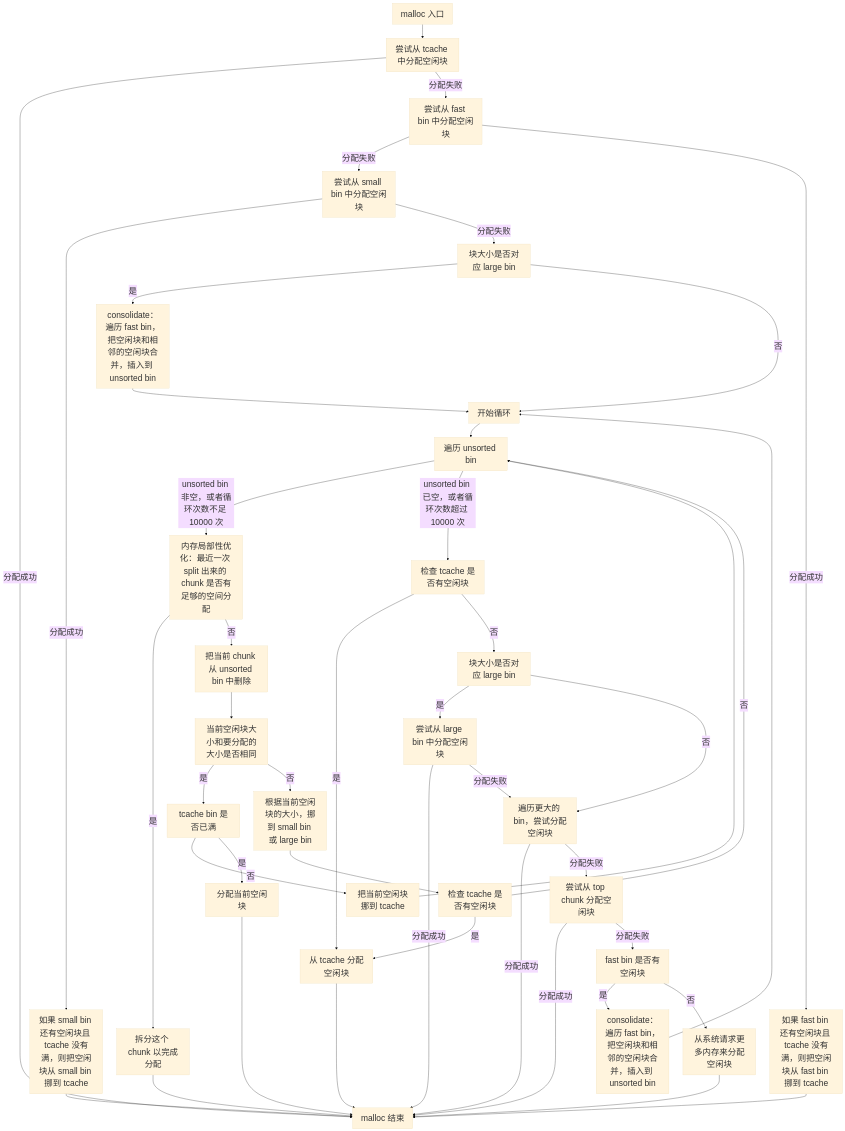
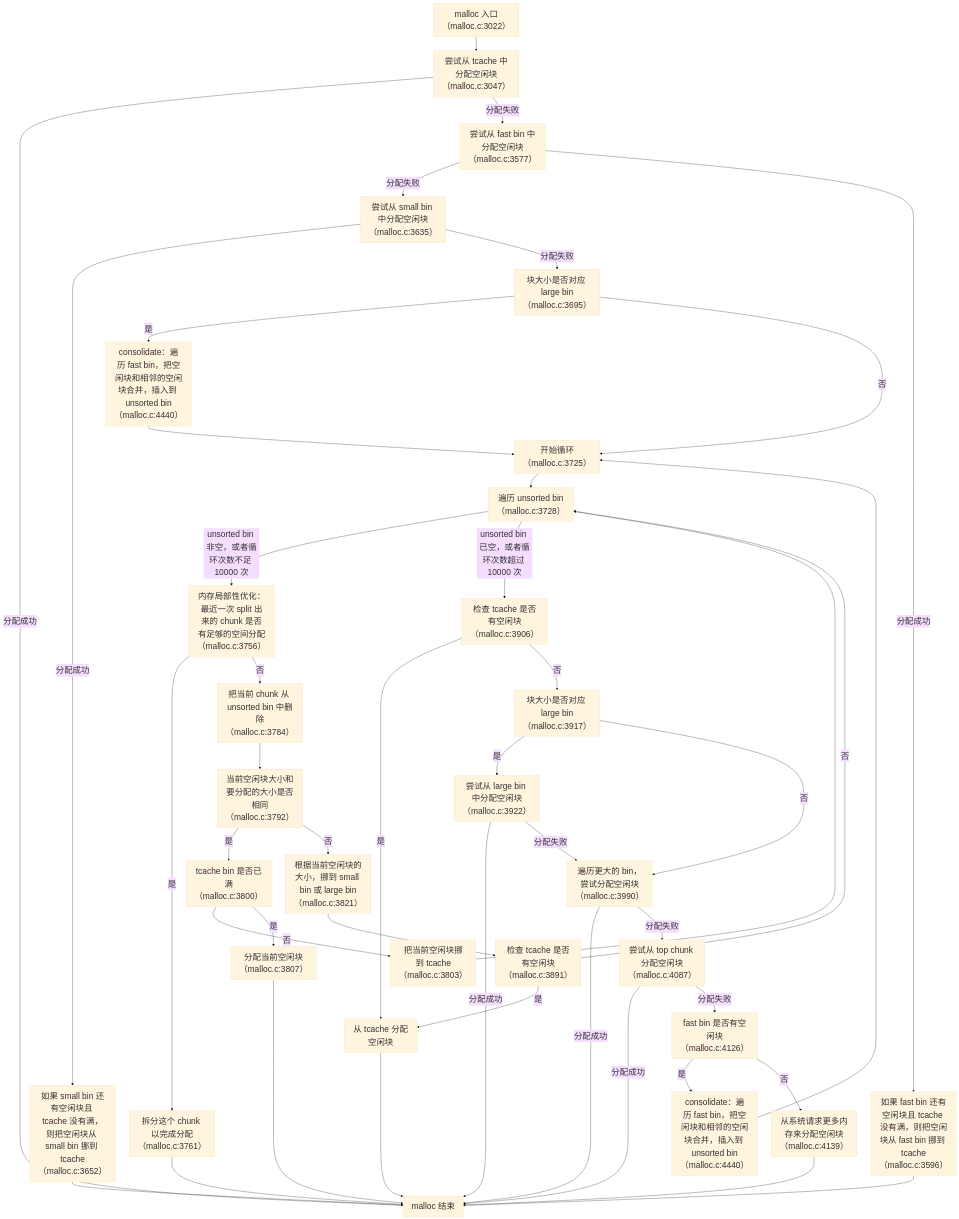
Before and after one commit to jiegec/kb: the diagram in docs/software/glibc_allocator.md, drawn with Mermaid.

Commit message:
Add line numbers

````diff
--- a/docs/software/glibc_allocator.md
+++ b/docs/software/glibc_allocator.md
@@ -1780,82 +1780,82 @@
 ```mermaid
 ---
 config:
   theme: base
   themeVariables:
     fontSize: "30px"
 ---
 flowchart TD
-    malloc[malloc 入口]
-    tcache[尝试从 tcache 中分配空闲块]
-    fastbin[尝试从 fast bin 中分配空闲块]
-    fastbin_migrate[如果 fast bin 还有空闲块且 tcache 没有满，则把空闲块从 fast bin 挪到 tcache]
-    smallbin[尝试从 small bin 中分配空闲块]
-    smallbin_migrate[如果 small bin 还有空闲块且 tcache 没有满，则把空闲块从 small bin 挪到 tcache]
+    malloc[malloc 入口（malloc.c:3022）]
+    tcache[尝试从 tcache 中分配空闲块（malloc.c:3047）]
+    fastbin[尝试从 fast bin 中分配空闲块（malloc.c:3577）]
+    fastbin_migrate[如果 fast bin 还有空闲块且 tcache 没有满，则把空闲块从 fast bin 挪到 tcache（malloc.c:3596）]
+    smallbin[尝试从 small bin 中分配空闲块（malloc.c:3635）]
+    smallbin_migrate[如果 small bin 还有空闲块且 tcache 没有满，则把空闲块从 small bin 挪到 tcache（malloc.c:3652）]
     malloc_ret[malloc 结束]
-    consolidate[consolidate：遍历 fast bin，把空闲块和相邻的空闲块合并，插入到 unsorted bin]
-    consolidate_2[consolidate：遍历 fast bin，把空闲块和相邻的空闲块合并，插入到 unsorted bin]
-    check_large[块大小是否对应 large bin]
-    loop[开始循环]
-    unsorted_bin[遍历 unsorted bin]
-    remainder[内存局部性优化：最近一次 split 出来的 chunk 是否有足够的空间分配]
-    remainder_success[拆分这个 chunk 以完成分配]
-    remove_unsorted_bin[把当前 chunk 从 unsorted bin 中删除]
-    check_same_size[当前空闲块大小和要分配的大小是否相同]
-    check_tcache_full[tcache bin 是否已满]
-    alloc_now[分配当前空闲块]
-    move_to_tcache[把当前空闲块挪到 tcache]
-    move_to_bin[根据当前空闲块的大小，挪到 small bin 或 large bin]
-    check_tcache[检查 tcache 是否有空闲块]
+    consolidate[consolidate：遍历 fast bin，把空闲块和相邻的空闲块合并，插入到 unsorted bin（malloc.c:4440）]
+    consolidate_2[consolidate：遍历 fast bin，把空闲块和相邻的空闲块合并，插入到 unsorted bin（malloc.c:4440）]
+    check_large[块大小是否对应 large bin（malloc.c:3695）]
+    loop[开始循环（malloc.c:3725）]
+    unsorted_bin[遍历 unsorted bin（malloc.c:3728）]
+    remainder[内存局部性优化：最近一次 split 出来的 chunk 是否有足够的空间分配（malloc.c:3756）]
+    remainder_success[拆分这个 chunk 以完成分配（malloc.c:3761）]
+    remove_unsorted_bin[把当前 chunk 从 unsorted bin 中删除（malloc.c:3784）]
+    check_same_size[当前空闲块大小和要分配的大小是否相同（malloc.c:3792）]
+    check_tcache_full[tcache bin 是否已满（malloc.c:3800）]
+    alloc_now[分配当前空闲块（malloc.c:3807）]
+    move_to_tcache[把当前空闲块挪到 tcache（malloc.c:3803）]
+    move_to_bin[根据当前空闲块的大小，挪到 small bin 或 large bin（malloc.c:3821）]
+    check_tcache[检查 tcache 是否有空闲块（malloc.c:3891）]
     alloc_tcache[从 tcache 分配空闲块]
-    unsorted_bin_exit[检查 tcache 是否有空闲块]
-    check_large_alloc[块大小是否对应 large bin]
-    alloc_large[尝试从 large bin 中分配空闲块]
-    alloc_larger[遍历更大的 bin，尝试分配空闲块]
-    alloc_top[尝试从 top chunk 分配空闲块]
-    alloc_system[从系统请求更多内存来分配空闲块]
-    check_fast[fast bin 是否有空闲块]
+    unsorted_bin_exit[检查 tcache 是否有空闲块（malloc.c:3906）]
+    check_large_alloc[块大小是否对应 large bin（malloc.c:3917）]
+    alloc_large[尝试从 large bin 中分配空闲块（malloc.c:3922）]
+    alloc_larger[遍历更大的 bin，尝试分配空闲块（malloc.c:3990）]
+    alloc_top[尝试从 top chunk 分配空闲块（malloc.c:4087）]
+    alloc_system[从系统请求更多内存来分配空闲块（malloc.c:4139）]
+    check_fast[fast bin 是否有空闲块（malloc.c:4126）]
 
     malloc --> tcache
     tcache -->|分配成功| malloc_ret
     tcache -->|分配失败| fastbin
     fastbin -->|分配失败| smallbin
     fastbin -->|分配成功| fastbin_migrate 
     fastbin_migrate --> malloc_ret
     smallbin -->|分配成功| smallbin_migrate
     smallbin_migrate --> malloc_ret
     smallbin -->|分配失败| check_large
     check_large -->|是| consolidate
     check_large -->|否| loop
     consolidate --> loop
     loop --> unsorted_bin
     unsorted_bin -->|unsorted bin 非空，或者循环次数不足 10000 次| remainder
     remainder -->|是| remainder_success
     remainder_success --> malloc_ret
     remainder -->|否| remove_unsorted_bin
     remove_unsorted_bin --> check_same_size
     check_same_size -->|是| check_tcache_full
     check_tcache_full -->|否| move_to_tcache
     check_tcache_full --> |是| alloc_now
     alloc_now --> malloc_ret
     move_to_tcache --> unsorted_bin
     check_same_size -->|否| move_to_bin
     move_to_bin --> check_tcache
     check_tcache -->|是| alloc_tcache
     alloc_tcache --> malloc_ret
     check_tcache -->|否| unsorted_bin
     unsorted_bin -->|unsorted bin 已空，或者循环次数超过 10000 次| unsorted_bin_exit
     unsorted_bin_exit -->|是| alloc_tcache
     unsorted_bin_exit -->|否| check_large_alloc
     check_large_alloc -->|是| alloc_large
     alloc_large -->|分配成功| malloc_ret
     alloc_large -->|分配失败| alloc_larger
     check_large_alloc -->|否| alloc_larger
     alloc_larger -->|分配成功| malloc_ret
     alloc_larger -->|分配失败| alloc_top
     alloc_top -->|分配成功| malloc_ret
     alloc_top -->|分配失败| check_fast
     check_fast -->|是| consolidate_2
     consolidate_2 --> loop
     check_fast -->|否| alloc_system
     alloc_system --> malloc_ret
 ```
````
